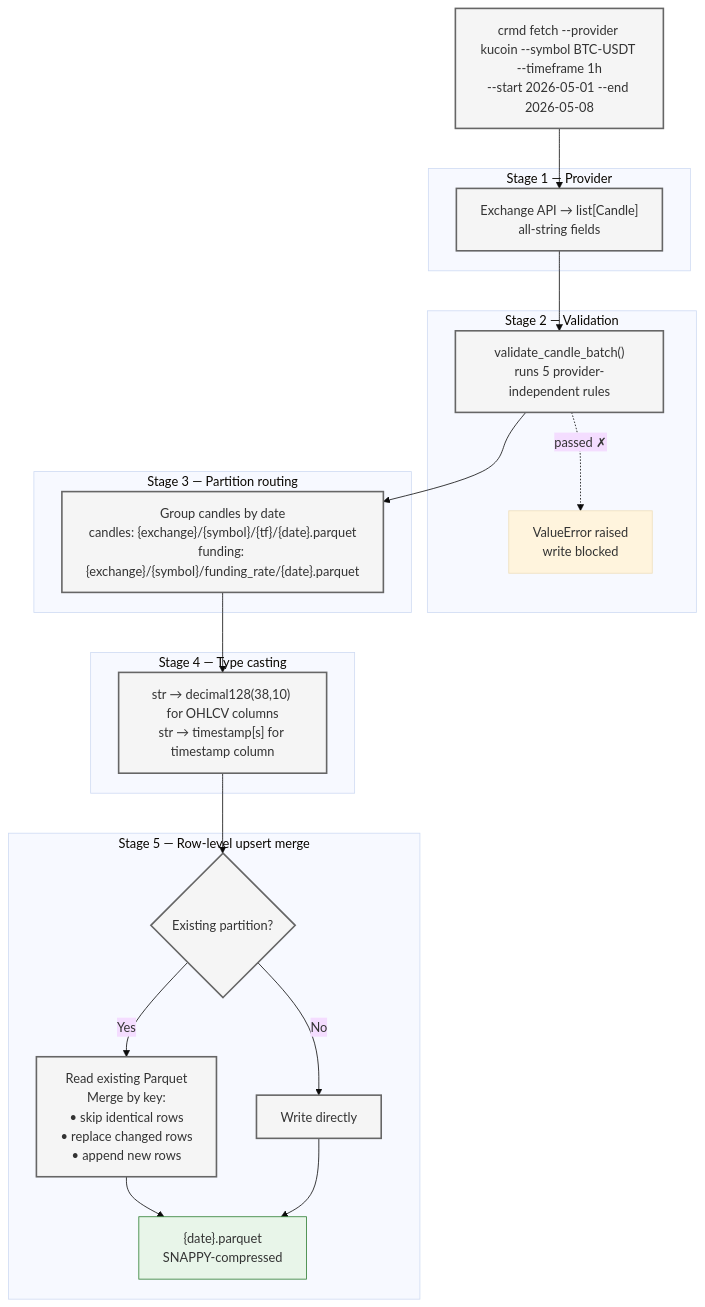
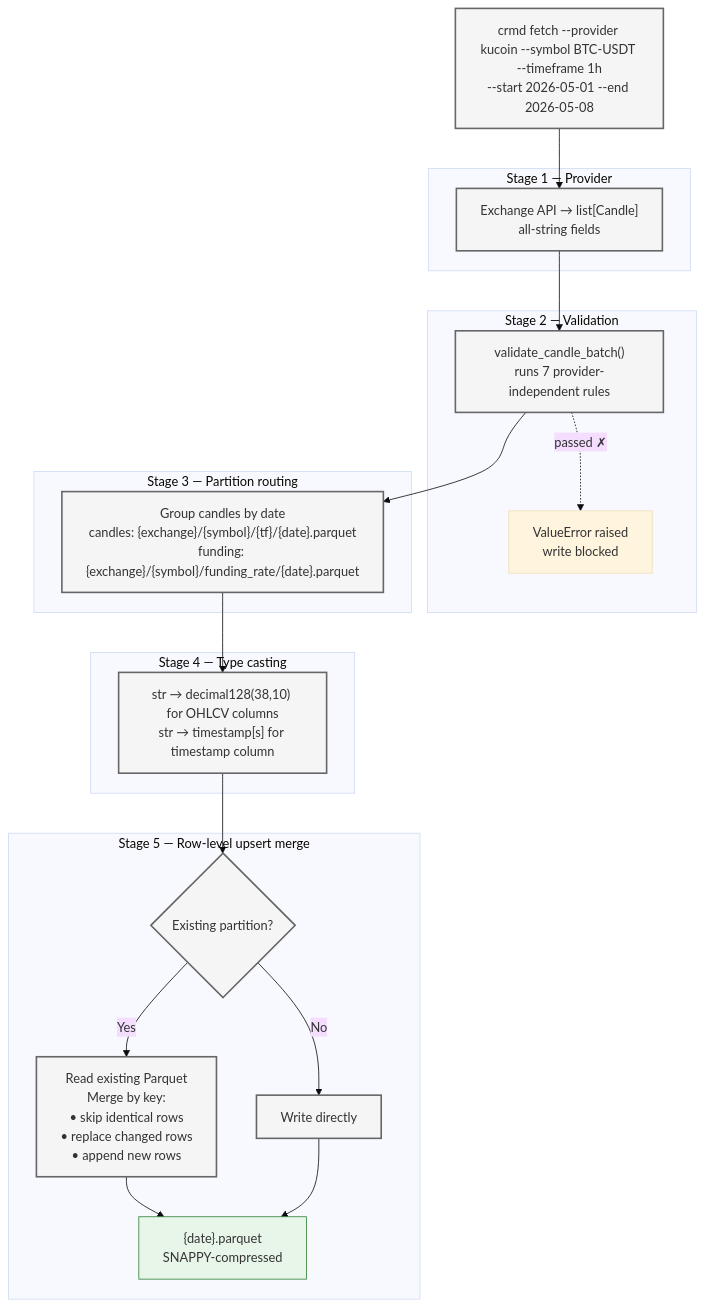
Before and after one commit to bigmikecreates/crypto-market-data-platform: the first of 4 diagrams in docs/storage-e2e.md, drawn with Mermaid (base theme). The commit also changed other lines of this file and 17 other files, not shown here.

````diff
--- a/docs/storage-e2e.md
+++ b/docs/storage-e2e.md
@@ -7,46 +7,46 @@
 ```mermaid
 graph TD
     classDef stage fill:#f5f5f5,stroke:#666,stroke-width:2px;
     classDef output fill:#e8f5e9,stroke:#2e7d32;
 
     Start["crmd fetch --provider kucoin --symbol BTC-USDT --timeframe 1h<br/>--start 2026-05-01 --end 2026-05-08"]
 
     subgraph "Stage 1 — Provider"
         S1["Exchange API → list[Candle]<br/>all-string fields"]
     end
 
     subgraph "Stage 2 — Validation"
-        S2["validate_candle_batch()<br/>runs 5 provider-independent rules"]
+        S2["validate_candle_batch()<br/>runs 7 provider-independent rules"]
         Fail["ValueError raised<br/>write blocked"]
     end
 
     subgraph "Stage 3 — Partition routing"
         S3["Group candles by date<br/>candles: {exchange}/{symbol}/{tf}/{date}.parquet<br/>funding: {exchange}/{symbol}/funding_rate/{date}.parquet"]
     end
 
     subgraph "Stage 4 — Type casting"
         S4["str → decimal128(38,10) for OHLCV columns<br/>str → timestamp[s] for timestamp column"]
     end
 
     subgraph "Stage 5 — Row-level upsert merge"
         S5{"Existing partition?"}
         Merge["Read existing Parquet<br/>Merge by key:<br/>• skip identical rows<br/>• replace changed rows<br/>• append new rows"]
         Direct["Write directly"]
         S5 -- Yes --> Merge
         S5 -- No --> Direct
         Merge --> Out
         Direct --> Out
     end
 
     Out["{date}.parquet<br/>SNAPPY-compressed"]
 
     Start --> S1
     S1 --> S2
     S2 --> S3
     S2 -. "passed ✗" .-> Fail
     S3 --> S4
     S4 --> S5
 
     class Start,S1,S2,S3,S4,S5,Merge,Direct stage;
     class Out output;
 ```
````
